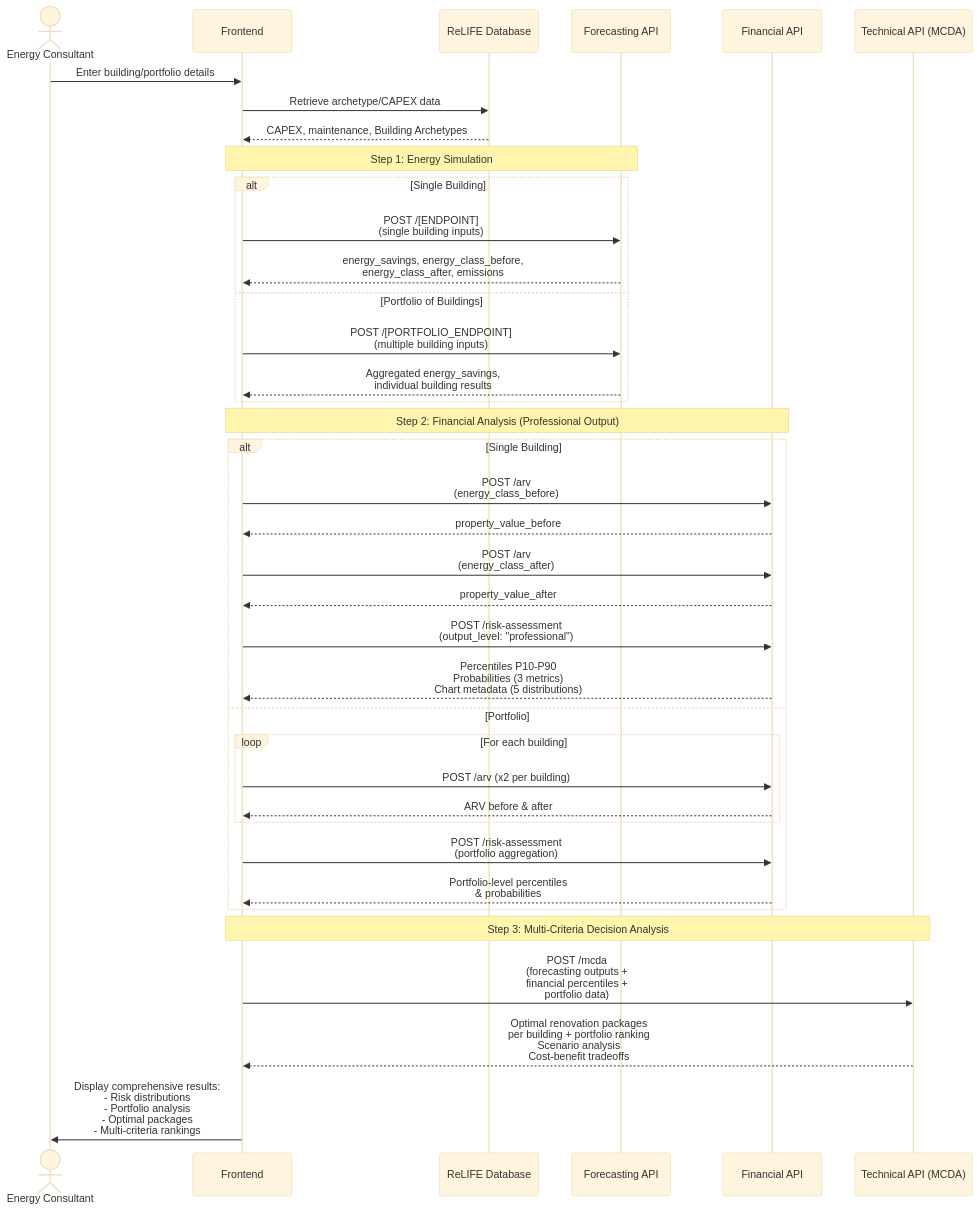
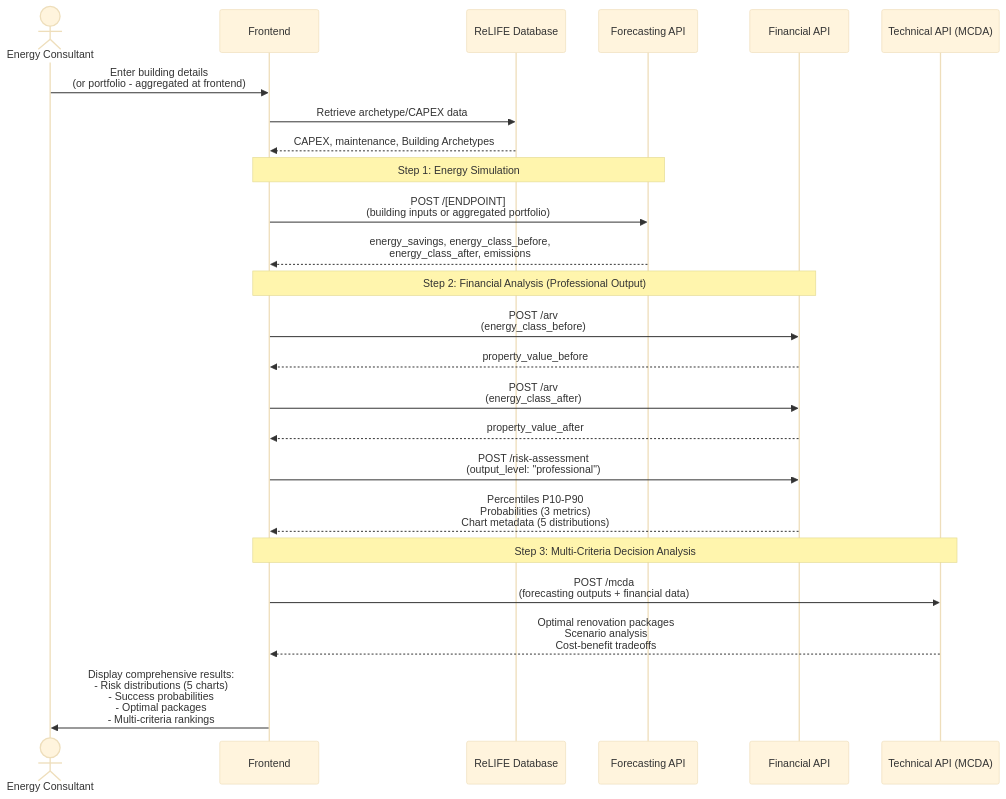
One commit to ReLIFE-Project-EU/relife-financial-service changed the first of 2 diagrams in flowcharts/ReLIFE_PRA_flowchart.md. Above: the diagram before and after it, drawn with Mermaid (base theme). The commit also changed other lines of this file, not shown here.

Commit message:
Update PRA flowchart

````diff
--- a/flowcharts/ReLIFE_PRA_flowchart.md
+++ b/flowcharts/ReLIFE_PRA_flowchart.md
@@ -29,45 +39,31 @@
 ```mermaid
 sequenceDiagram
     actor Professional as Energy Consultant
     participant Frontend
     participant DB as ReLIFE Database
     participant Forecasting as Forecasting API
     participant Financial as Financial API
     participant Technical as Technical API (MCDA)
     
-    Professional->>Frontend: Enter building/portfolio details
+    Professional->>Frontend: Enter building details<br/>(or portfolio - aggregated at frontend)
     Frontend->>DB: Retrieve archetype/CAPEX data
     DB-->>Frontend: CAPEX, maintenance, Building Archetypes
     
     Note over Frontend,Forecasting: Step 1: Energy Simulation
-    alt Single Building
-        Frontend->>Forecasting: POST /[ENDPOINT]<br/>(single building inputs)
-        Forecasting-->>Frontend: energy_savings, energy_class_before,<br/>energy_class_after, emissions
-    else Portfolio of Buildings
-        Frontend->>Forecasting: POST /[PORTFOLIO_ENDPOINT]<br/>(multiple building inputs)
-        Forecasting-->>Frontend: Aggregated energy_savings,<br/>individual building results
-    end
+    Frontend->>Forecasting: POST /[ENDPOINT]<br/>(building inputs or aggregated portfolio)
+    Forecasting-->>Frontend: energy_savings, energy_class_before,<br/>energy_class_after, emissions
     
     Note over Frontend,Financial: Step 2: Financial Analysis (Professional Output)
-    alt Single Building
-        Frontend->>Financial: POST /arv<br/>(energy_class_before)
-        Financial-->>Frontend: property_value_before
-        Frontend->>Financial: POST /arv<br/>(energy_class_after)
-        Financial-->>Frontend: property_value_after
-        Frontend->>Financial: POST /risk-assessment<br/>(output_level: "professional")
-        Financial-->>Frontend: Percentiles P10-P90<br/>Probabilities (3 metrics)<br/>Chart metadata (5 distributions)
-    else Portfolio
-        loop For each building
-            Frontend->>Financial: POST /arv (x2 per building)
-            Financial-->>Frontend: ARV before & after
-        end
-        Frontend->>Financial: POST /risk-assessment<br/>(portfolio aggregation)
-        Financial-->>Frontend: Portfolio-level percentiles<br/>& probabilities
-    end
+    Frontend->>Financial: POST /arv<br/>(energy_class_before)
+    Financial-->>Frontend: property_value_before
+    Frontend->>Financial: POST /arv<br/>(energy_class_after)
+    Financial-->>Frontend: property_value_after
+    Frontend->>Financial: POST /risk-assessment<br/>(output_level: "professional")
+    Financial-->>Frontend: Percentiles P10-P90<br/>Probabilities (3 metrics)<br/>Chart metadata (5 distributions)
     
     Note over Frontend,Technical: Step 3: Multi-Criteria Decision Analysis
-    Frontend->>Technical: POST /mcda<br/>(forecasting outputs +<br/>financial percentiles +<br/>portfolio data)
-    Technical-->>Frontend: Optimal renovation packages<br/>per building + portfolio ranking<br/>Scenario analysis<br/>Cost-benefit tradeoffs
+    Frontend->>Technical: POST /mcda<br/>(forecasting outputs + financial data)
+    Technical-->>Frontend: Optimal renovation packages<br/>Scenario analysis<br/>Cost-benefit tradeoffs
     
-    Frontend->>Professional: Display comprehensive results:<br/>- Risk distributions<br/>- Portfolio analysis<br/>- Optimal packages<br/>- Multi-criteria rankings
+    Frontend->>Professional: Display comprehensive results:<br/>- Risk distributions (5 charts)<br/>- Success probabilities<br/>- Optimal packages<br/>- Multi-criteria rankings
 ```
````
